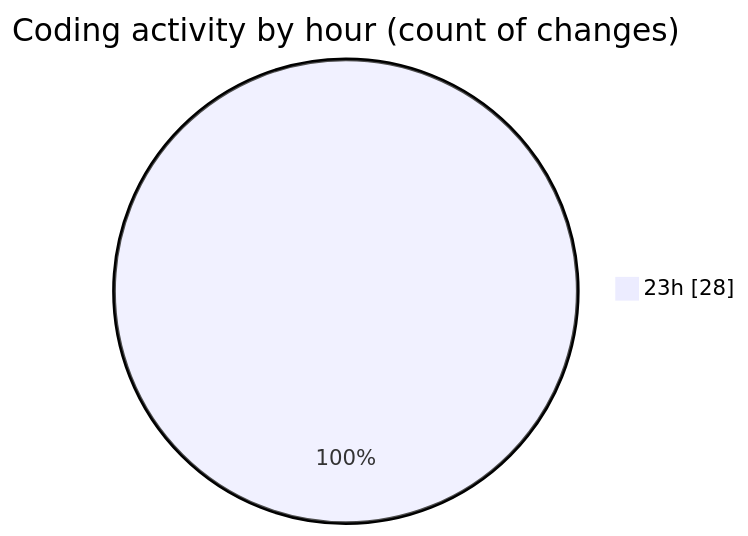
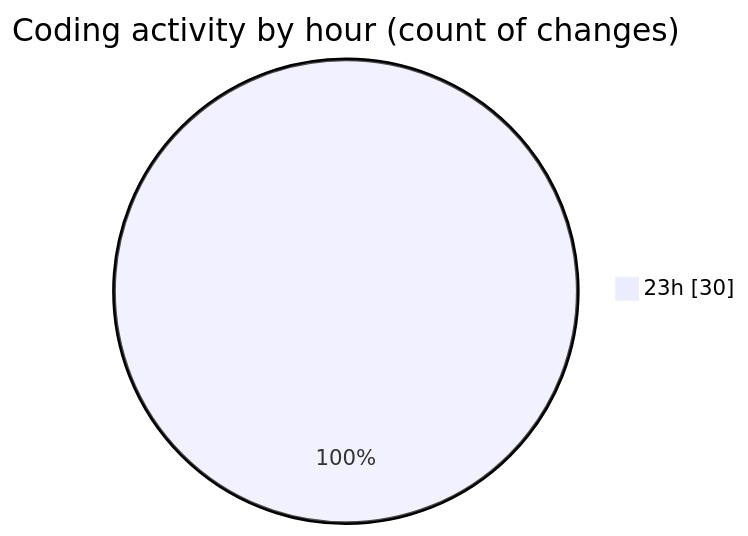
Before and after one commit to donsfak/code-tracking: the second of 2 diagrams in 2025-02-26/drivers_app/README.md, drawn with Mermaid. The commit also changed other lines of this file and 1 other file, not shown here.

````diff
--- a/2025-02-26/drivers_app/README.md
+++ b/2025-02-26/drivers_app/README.md
@@ -33,5 +33,5 @@
 ```mermaid
 pie showData
 title Coding activity by hour (count of changes)
-"23h" : 28
+"23h" : 30
 ```
````
